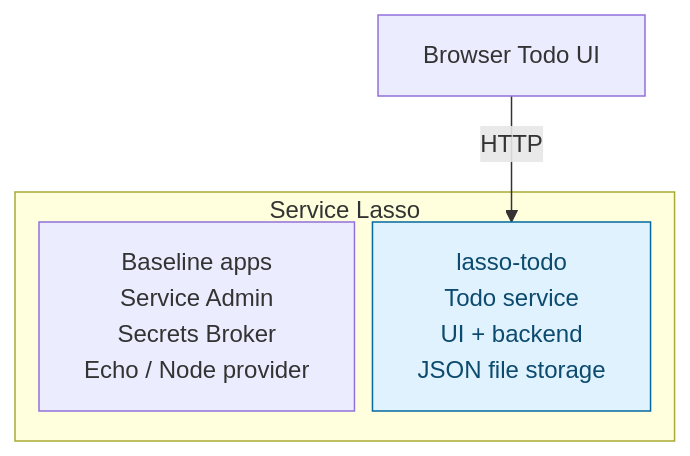
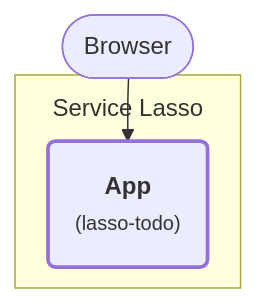
The diagram in docs/getting-started/beginner-todo-app.md (service-lasso/service-lasso), drawn with Mermaid before and after one commit. The commit also changed other lines of this file and 6 other files, not shown here.

First line of the commit message:
docs: make tutorial architecture purpose-first and readable (#1671)

````diff
--- a/docs/getting-started/beginner-todo-app.md
+++ b/docs/getting-started/beginner-todo-app.md
@@ -20,14 +20,15 @@
 ```mermaid
-%%{init: {"flowchart": {"nodeSpacing": 12, "rankSpacing": 40}}}%%
+%%{init: {"flowchart": {"nodeSpacing": 24, "rankSpacing": 28, "padding": 18, "subGraphTitleMargin": {"top": 10, "bottom": 20}}, "themeVariables": {"fontFamily": "system-ui, sans-serif"}}}%%
 flowchart TB
-  accTitle: Stage 1: Add a managed Todo app
-  accDescr: Service Lasso manages the Todo app from stage one alongside baseline apps. Stage two adds PostgreSQL. Stage three adds a Go API between the Todo service and database. JSON storage belongs to the Todo service and is not a separate service.
-  browser["Browser Todo UI"]
+  accTitle: Stage 1: Add the App
+  accDescr: The App stores todos in its own JSON file. All application services run inside the Service Lasso boundary. Existing management and runtime services are listed in the adjacent table.
+  browser(["Browser"])
   subgraph lasso["Service Lasso"]
-    baseline["Baseline apps<br/>Service Admin<br/>Secrets Broker<br/>Echo / Node provider"]
-    todo["lasso-todo<br/>Todo service<br/>UI + backend<br/>JSON file storage"]
+    todo("<b>App</b><br/><small>(lasso-todo)</small>")
   end
-  browser -->|HTTP| todo
-  classDef added fill:#e0f2fe,stroke:#0369a1,color:#0c4a6e
+  browser --> todo
+  classDef service stroke-width:1.5px
+  classDef added stroke-width:2.5px
+  class todo service
   class todo added
 ```
````
